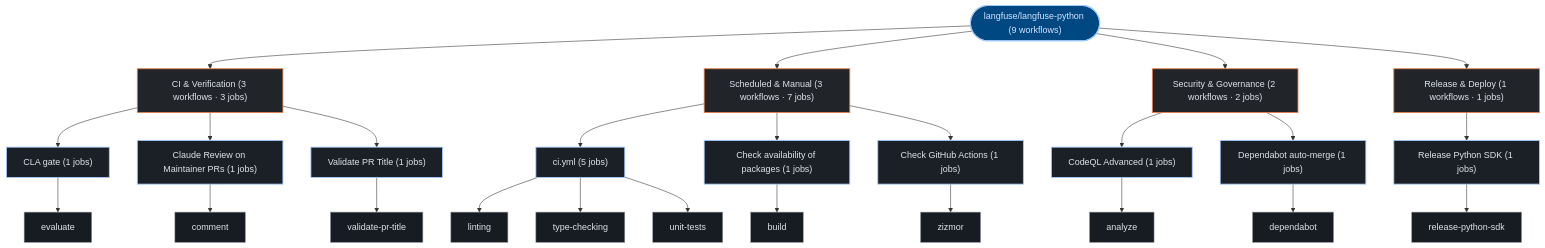
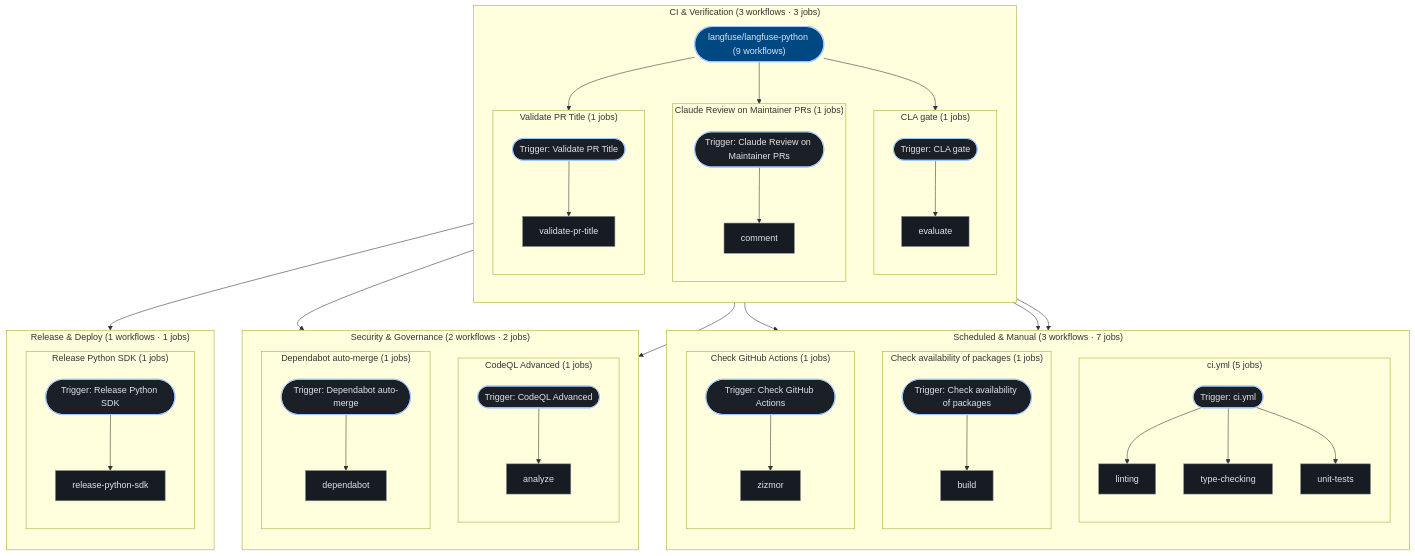
The third of 3 diagrams in exports/latest/reports/langfuse-langfuse-python-report.md (kumarshaz/atruss-code-atlas), drawn with Mermaid before and after one commit. The commit also changed 181 other files, not shown here.

````diff
--- a/exports/latest/reports/langfuse-langfuse-python-report.md
+++ b/exports/latest/reports/langfuse-langfuse-python-report.md
@@ -237,52 +237,83 @@
   classDef atlasAlert fill:#93000a,stroke:#ffb4ab,stroke-width:1.5px,color:#ffdad6
   classDef atlasMore fill:#252a31,stroke:#8d9199,stroke-dasharray:4 4,color:#c3c6cf
   pipeline_root(["langfuse/langfuse-python (9 workflows)"]):::atlasRoot
-  grp_0_CI___Verification["CI & Verification (3 workflows · 3 jobs)"]:::atlasCategory
-  pipeline_root --> grp_0_CI___Verification
-  wf_1_CLA_gate["CLA gate (1 jobs)"]:::atlasWorkflow
-  grp_0_CI___Verification --> wf_1_CLA_gate
-  job_1_evaluate["evaluate"]:::atlasJob
-  wf_1_CLA_gate --> job_1_evaluate
-  wf_2_Claude_Review_on_Maintainer_PRs["Claude Review on Maintainer PRs (1 jobs)"]:::atlasWorkflow
-  grp_0_CI___Verification --> wf_2_Claude_Review_on_Maintainer_PRs
-  job_2_comment["comment"]:::atlasJob
-  wf_2_Claude_Review_on_Maintainer_PRs --> job_2_comment
-  wf_7_Validate_PR_Title["Validate PR Title (1 jobs)"]:::atlasWorkflow
-  grp_0_CI___Verification --> wf_7_Validate_PR_Title
-  job_7_validate_pr_title["validate-pr-title"]:::atlasJob
-  wf_7_Validate_PR_Title --> job_7_validate_pr_title
-  grp_1_Scheduled___Manual["Scheduled & Manual (3 workflows · 7 jobs)"]:::atlasCategory
-  pipeline_root --> grp_1_Scheduled___Manual
-  wf_0_ci_yml["ci.yml (5 jobs)"]:::atlasWorkflow
-  grp_1_Scheduled___Manual --> wf_0_ci_yml
-  job_0_linting["linting"]:::atlasJob
-  job_0_type_checking["type-checking"]:::atlasJob
-  job_0_unit_tests["unit-tests"]:::atlasJob
-  wf_0_ci_yml --> job_0_linting
-  wf_0_ci_yml --> job_0_type_checking
-  wf_0_ci_yml --> job_0_unit_tests
-  wf_5_Check_availability_of_packages["Check availability of packages (1 jobs)"]:::atlasWorkflow
-  grp_1_Scheduled___Manual --> wf_5_Check_availability_of_packages
-  job_5_build["build"]:::atlasJob
-  wf_5_Check_availability_of_packages --> job_5_build
-  wf_8_Check_GitHub_Actions["Check GitHub Actions (1 jobs)"]:::atlasWorkflow
-  grp_1_Scheduled___Manual --> wf_8_Check_GitHub_Actions
-  job_8_zizmor["zizmor"]:::atlasJob
-  wf_8_Check_GitHub_Actions --> job_8_zizmor
-  grp_2_Security___Governance["Security & Governance (2 workflows · 2 jobs)"]:::atlasCategory
-  pipeline_root --> grp_2_Security___Governance
-  wf_3_CodeQL_Advanced["CodeQL Advanced (1 jobs)"]:::atlasWorkflow
-  grp_2_Security___Governance --> wf_3_CodeQL_Advanced
-  job_3_analyze["analyze"]:::atlasJob
-  wf_3_CodeQL_Advanced --> job_3_analyze
-  wf_4_Dependabot_auto_merge["Dependabot auto-merge (1 jobs)"]:::atlasWorkflow
-  grp_2_Security___Governance --> wf_4_Dependabot_auto_merge
-  job_4_dependabot["dependabot"]:::atlasJob
-  wf_4_Dependabot_auto_merge --> job_4_dependabot
-  grp_3_Release___Deploy["Release & Deploy (1 workflows · 1 jobs)"]:::atlasCategory
-  pipeline_root --> grp_3_Release___Deploy
-  wf_6_Release_Python_SDK["Release Python SDK (1 jobs)"]:::atlasWorkflow
-  grp_3_Release___Deploy --> wf_6_Release_Python_SDK
-  job_6_release_python_sdk["release-python-sdk"]:::atlasJob
-  wf_6_Release_Python_SDK --> job_6_release_python_sdk
+  subgraph sg_grp_0_CI___Verification["CI & Verification (3 workflows · 3 jobs)"]
+    direction TB
+    subgraph sg_wf_1_CLA_gate["CLA gate (1 jobs)"]
+      direction TB
+      wf_1_CLA_gate(["Trigger: CLA gate"]):::atlasWorkflow
+      job_1_evaluate["evaluate"]:::atlasJob
+      wf_1_CLA_gate --> job_1_evaluate
+    end
+    pipeline_root --> wf_1_CLA_gate
+    subgraph sg_wf_2_Claude_Review_on_Maintainer_PRs["Claude Review on Maintainer PRs (1 jobs)"]
+      direction TB
+      wf_2_Claude_Review_on_Maintainer_PRs(["Trigger: Claude Review on Maintainer PRs"]):::atlasWorkflow
+      job_2_comment["comment"]:::atlasJob
+      wf_2_Claude_Review_on_Maintainer_PRs --> job_2_comment
+    end
+    pipeline_root --> wf_2_Claude_Review_on_Maintainer_PRs
+    subgraph sg_wf_7_Validate_PR_Title["Validate PR Title (1 jobs)"]
+      direction TB
+      wf_7_Validate_PR_Title(["Trigger: Validate PR Title"]):::atlasWorkflow
+      job_7_validate_pr_title["validate-pr-title"]:::atlasJob
+      wf_7_Validate_PR_Title --> job_7_validate_pr_title
+    end
+    pipeline_root --> wf_7_Validate_PR_Title
+  end
+  subgraph sg_grp_1_Scheduled___Manual["Scheduled & Manual (3 workflows · 7 jobs)"]
+    direction TB
+    subgraph sg_wf_0_ci_yml["ci.yml (5 jobs)"]
+      direction TB
+      wf_0_ci_yml(["Trigger: ci.yml"]):::atlasWorkflow
+      job_0_linting["linting"]:::atlasJob
+      job_0_type_checking["type-checking"]:::atlasJob
+      job_0_unit_tests["unit-tests"]:::atlasJob
+      wf_0_ci_yml --> job_0_linting
+      wf_0_ci_yml --> job_0_type_checking
+      wf_0_ci_yml --> job_0_unit_tests
+    end
+    pipeline_root --> wf_0_ci_yml
+    subgraph sg_wf_5_Check_availability_of_packages["Check availability of packages (1 jobs)"]
+      direction TB
+      wf_5_Check_availability_of_packages(["Trigger: Check availability of packages"]):::atlasWorkflow
+      job_5_build["build"]:::atlasJob
+      wf_5_Check_availability_of_packages --> job_5_build
+    end
+    pipeline_root --> wf_5_Check_availability_of_packages
+    subgraph sg_wf_8_Check_GitHub_Actions["Check GitHub Actions (1 jobs)"]
+      direction TB
+      wf_8_Check_GitHub_Actions(["Trigger: Check GitHub Actions"]):::atlasWorkflow
+      job_8_zizmor["zizmor"]:::atlasJob
+      wf_8_Check_GitHub_Actions --> job_8_zizmor
+    end
+    pipeline_root --> wf_8_Check_GitHub_Actions
+  end
+  subgraph sg_grp_2_Security___Governance["Security & Governance (2 workflows · 2 jobs)"]
+    direction TB
+    subgraph sg_wf_3_CodeQL_Advanced["CodeQL Advanced (1 jobs)"]
+      direction TB
+      wf_3_CodeQL_Advanced(["Trigger: CodeQL Advanced"]):::atlasWorkflow
+      job_3_analyze["analyze"]:::atlasJob
+      wf_3_CodeQL_Advanced --> job_3_analyze
+    end
+    pipeline_root --> wf_3_CodeQL_Advanced
+    subgraph sg_wf_4_Dependabot_auto_merge["Dependabot auto-merge (1 jobs)"]
+      direction TB
+      wf_4_Dependabot_auto_merge(["Trigger: Dependabot auto-merge"]):::atlasWorkflow
+      job_4_dependabot["dependabot"]:::atlasJob
+      wf_4_Dependabot_auto_merge --> job_4_dependabot
+    end
+    pipeline_root --> wf_4_Dependabot_auto_merge
+  end
+  subgraph sg_grp_3_Release___Deploy["Release & Deploy (1 workflows · 1 jobs)"]
+    direction TB
+    subgraph sg_wf_6_Release_Python_SDK["Release Python SDK (1 jobs)"]
+      direction TB
+      wf_6_Release_Python_SDK(["Trigger: Release Python SDK"]):::atlasWorkflow
+      job_6_release_python_sdk["release-python-sdk"]:::atlasJob
+      wf_6_Release_Python_SDK --> job_6_release_python_sdk
+    end
+    pipeline_root --> wf_6_Release_Python_SDK
+  end
 ```
````
